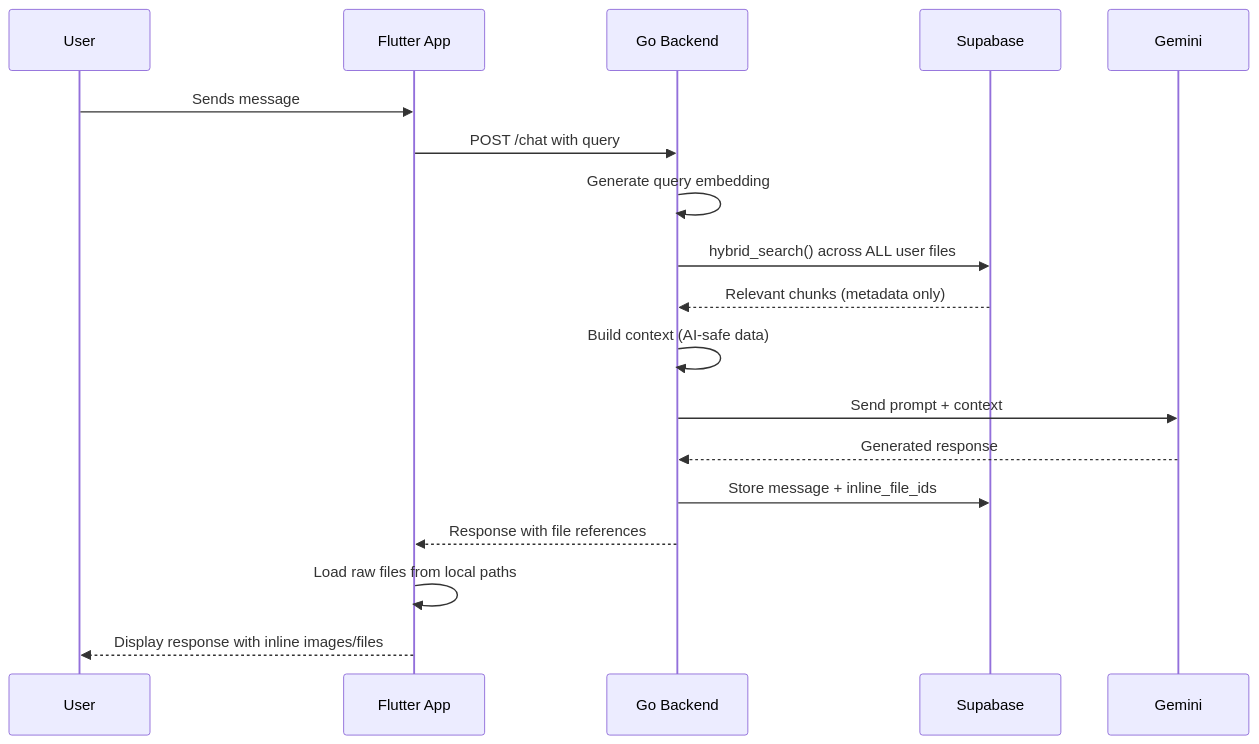
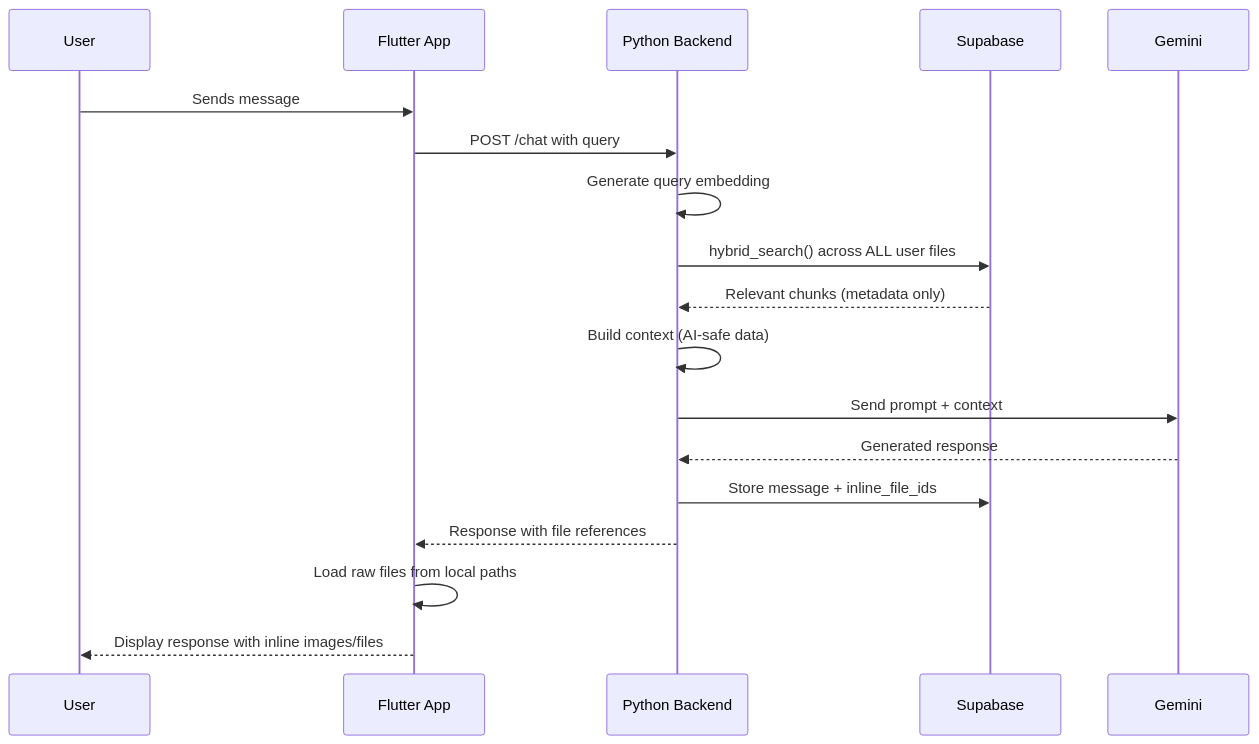
The first of 2 diagrams in docs/ai-context/AI_INTEGRATION.md (imGurnish/KuchTohProduct), drawn with Mermaid before and after one commit. The commit also changed other lines of this file and 4 other files, not shown here.

Commit message:
Update backend to python

````diff
--- a/docs/ai-context/AI_INTEGRATION.md
+++ b/docs/ai-context/AI_INTEGRATION.md
@@ -115,21 +115,21 @@
 ```mermaid
 sequenceDiagram
     participant User
     participant Flutter as Flutter App
-    participant Backend as Go Backend
+    participant Backend as Python Backend
     participant DB as Supabase
     participant Gemini
 
     User->>Flutter: Sends message
     Flutter->>Backend: POST /chat with query
     Backend->>Backend: Generate query embedding
     Backend->>DB: hybrid_search() across ALL user files
     DB-->>Backend: Relevant chunks (metadata only)
     Backend->>Backend: Build context (AI-safe data)
     Backend->>Gemini: Send prompt + context
     Gemini-->>Backend: Generated response
     Backend->>DB: Store message + inline_file_ids
     Backend-->>Flutter: Response with file references
     Flutter->>Flutter: Load raw files from local paths
     Flutter-->>User: Display response with inline images/files
 ```
````
